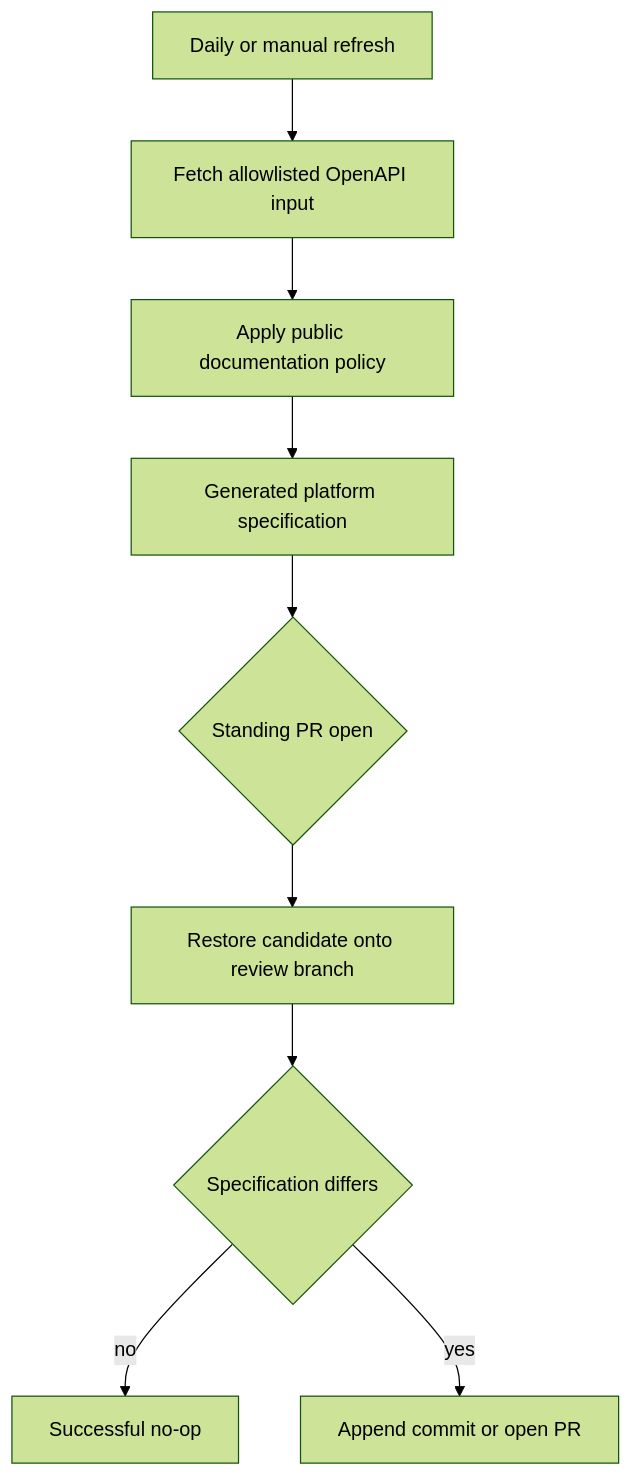
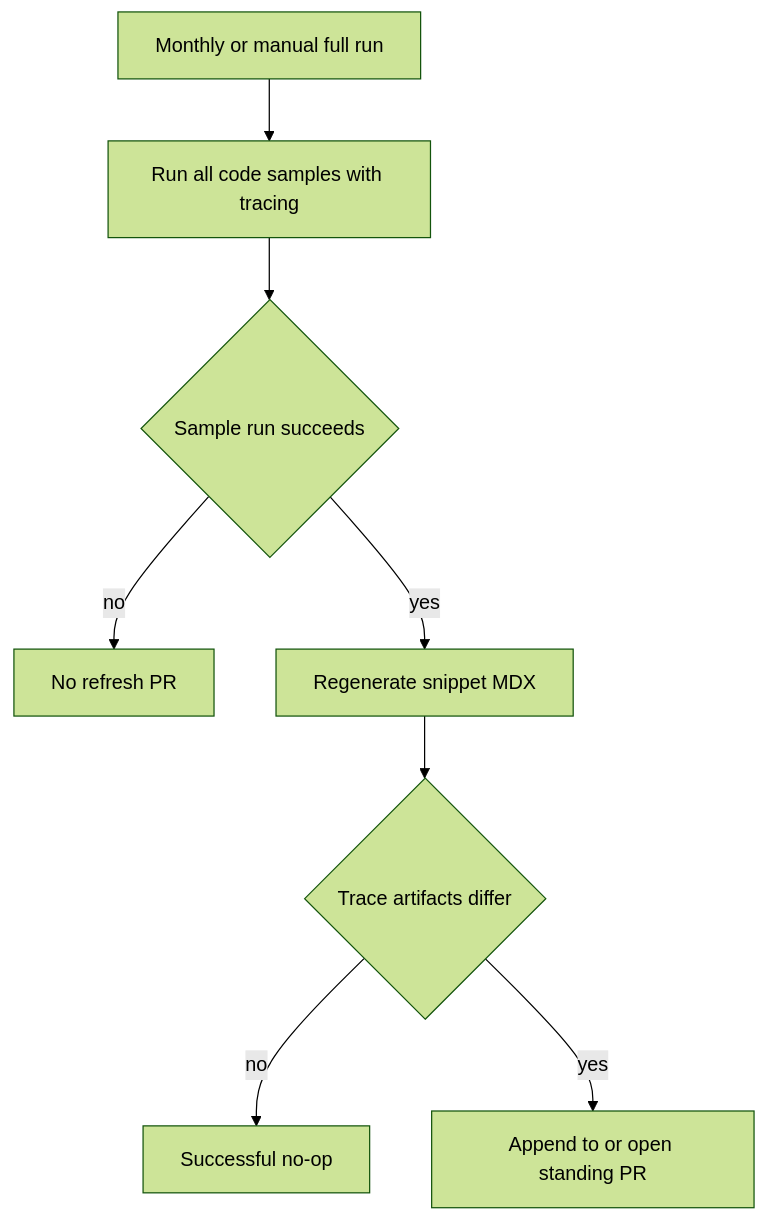
Before and after one commit to langchain-ai/docs: the third of 3 diagrams in openwiki/integrations/github-actions.md, drawn with Mermaid (forest theme). The commit also changed other lines of this file and 25 other files, not shown here.

````diff
--- a/openwiki/integrations/github-actions.md
+++ b/openwiki/integrations/github-actions.md
@@ -164,11 +151,10 @@
 ```mermaid
 flowchart TD
-  Trigger["Daily or manual refresh"] --> Fetch["Fetch allowlisted OpenAPI input"]
-  Fetch --> Process["Apply public documentation policy"]
-  Process --> Candidate["Generated platform specification"]
-  Candidate --> Existing{"Standing PR open"}
-  Existing --> Apply["Restore candidate onto review branch"]
-  Apply --> Diff{"Specification differs"}
-  Diff -->|"no"| Stop["Successful no-op"]
-  Diff -->|"yes"| Update["Append commit or open PR"]
+  Full["Monthly or manual full run"] --> Samples["Run all code samples with tracing"]
+  Samples --> Passed{"Sample run succeeds"}
+  Passed -->|"no"| Stop["No refresh PR"]
+  Passed -->|"yes"| Snippets["Regenerate snippet MDX"]
+  Snippets --> Changed{"Trace artifacts differ"}
+  Changed -->|"no"| Noop["Successful no-op"]
+  Changed -->|"yes"| TracePR["Append to or open standing PR"]
 ```
````
